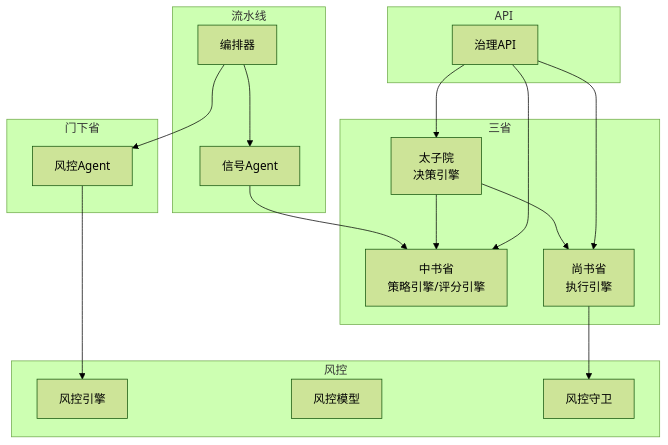
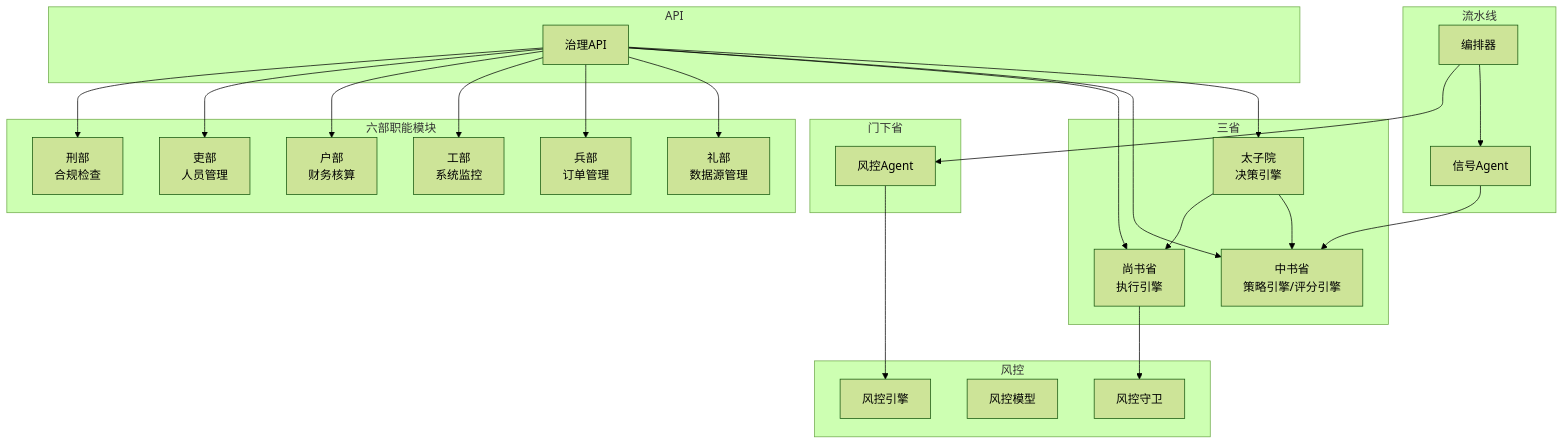
Before and after one commit to Magicer2024/AIQuant: the first of 8 diagrams in .qoder/repowiki/zh/content/三省决策架构/三省决策架构.md, drawn with Mermaid (forest theme). The commit also changed other lines of this file and 62 other files, not shown here.

First line of the commit message:
refactor: migrate modules to 六部 ministries architecture

````diff
--- a/.qoder/repowiki/zh/content/三省决策架构/三省决策架构.md
+++ b/.qoder/repowiki/zh/content/三省决策架构/三省决策架构.md
@@ -53,33 +62,47 @@
 ```mermaid
 graph TB
 subgraph "三省"
 CP["太子院<br/>决策引擎"]
 ZS["中书省<br/>策略引擎/评分引擎"]
 SS["尚书省<br/>执行引擎"]
 end
 subgraph "门下省"
 RA["风控Agent"]
+end
+subgraph "六部职能模块"
+RITES["礼部<br/>数据源管理"]
+WAR["兵部<br/>订单管理"]
+WORKS["工部<br/>系统监控"]
+REVENUE["户部<br/>财务核算"]
+PERSONNEL["吏部<br/>人员管理"]
+JUSTICE["刑部<br/>合规检查"]
 end
 subgraph "流水线"
 ORCH["编排器"]
 SIG["信号Agent"]
 end
 subgraph "风控"
 RENG["风控引擎"]
 RM["风控模型"]
 RG["风控守卫"]
 end
 subgraph "API"
 ROUTE["治理API"]
 end
 ORCH --> SIG
 ORCH --> RA
 SIG --> ZS
 RA --> RENG
 SS --> RG
 CP --> ZS
 CP --> SS
 ROUTE --> CP
 ROUTE --> ZS
 ROUTE --> SS
+ROUTE --> RITES
+ROUTE --> WAR
+ROUTE --> WORKS
+ROUTE --> REVENUE
+ROUTE --> PERSONNEL
+ROUTE --> JUSTICE
 ```
````
